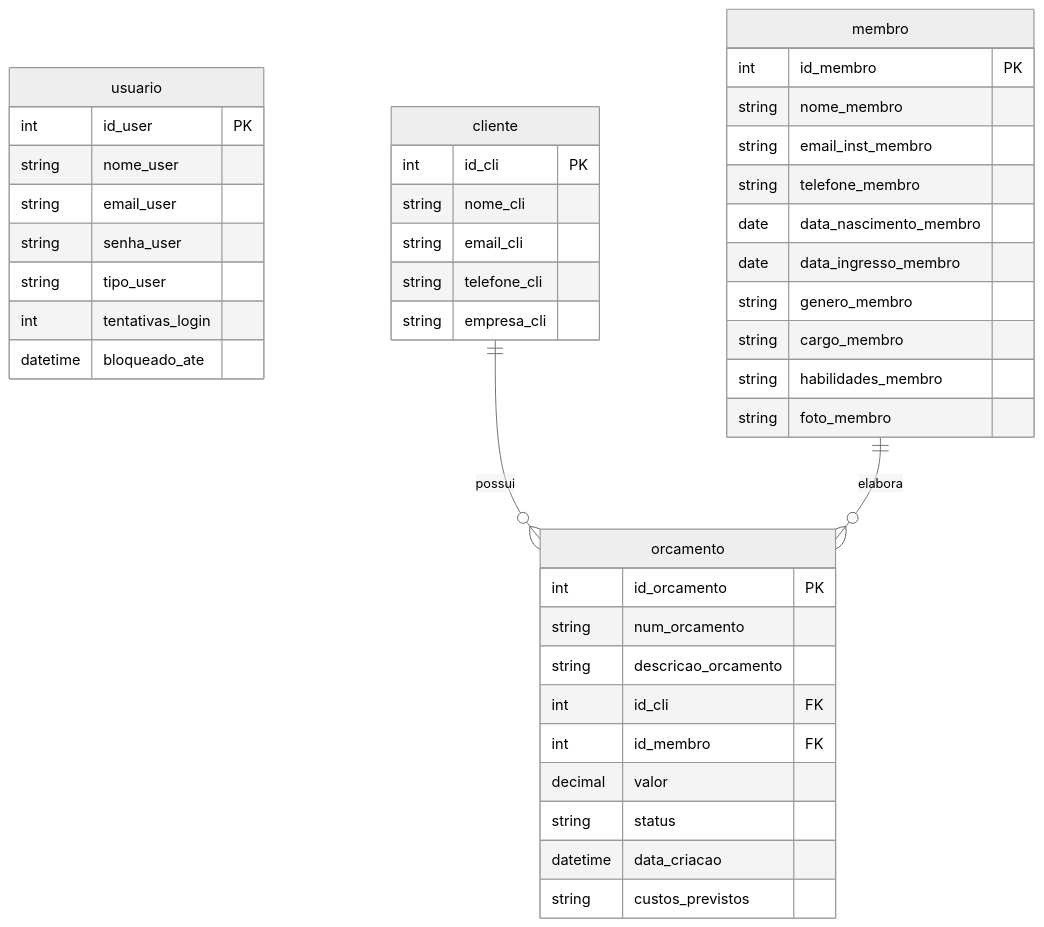
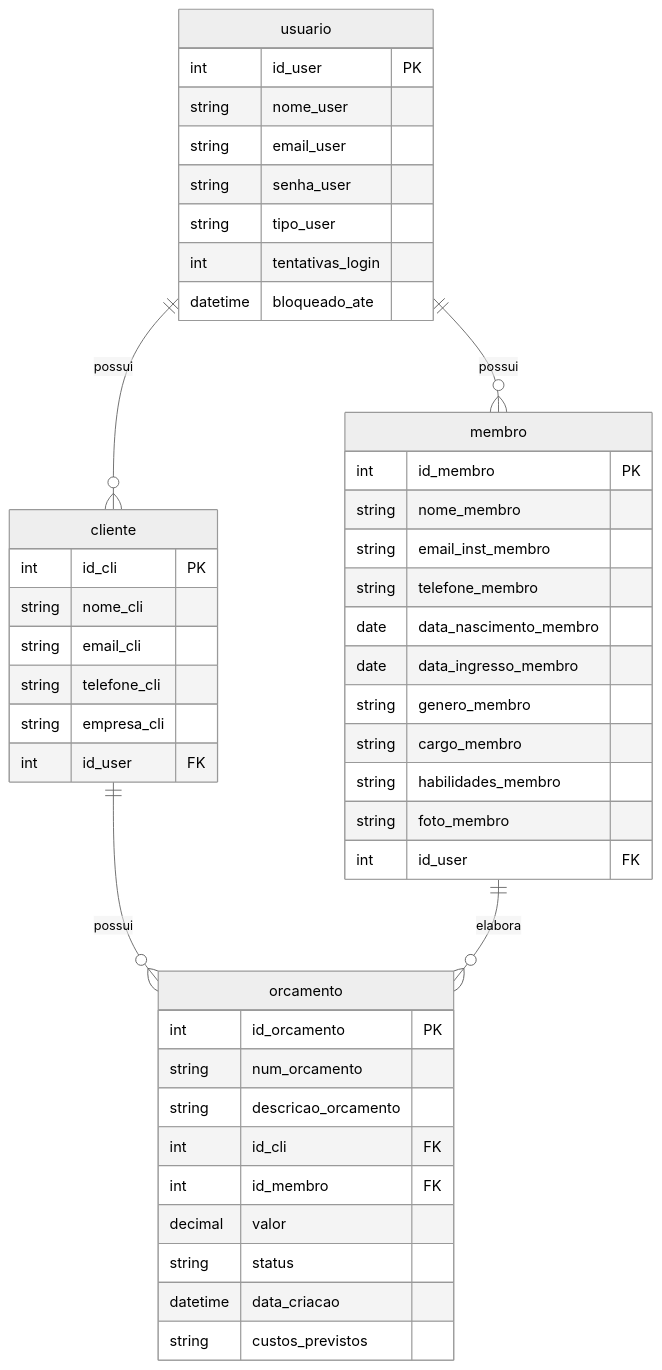
Before and after one commit to mvk999/zeus-backend: the diagram in README.md, drawn with Mermaid (neutral theme). The commit also changed other lines of this file, not shown here.

````diff
--- a/README.md
+++ b/README.md
@@ -41,44 +40,48 @@
 ```mermaid
 erDiagram
     usuario {
         int id_user PK
         string nome_user
         string email_user
         string senha_user
         string tipo_user
         int tentativas_login
         datetime bloqueado_ate
     }
     membro {
         int id_membro PK
         string nome_membro
         string email_inst_membro
         string telefone_membro
         date data_nascimento_membro
         date data_ingresso_membro
         string genero_membro
         string cargo_membro
         string habilidades_membro
         string foto_membro
+        int id_user FK
     }
     cliente {
         int id_cli PK
         string nome_cli
         string email_cli
         string telefone_cli
         string empresa_cli
+        int id_user FK
     }
     orcamento {
         int id_orcamento PK
         string num_orcamento
         string descricao_orcamento
         int id_cli FK
         int id_membro FK
         decimal valor
         string status
         datetime data_criacao
         string custos_previstos
     }
+    usuario ||--o{ membro : possui
+    usuario ||--o{ cliente : possui
     cliente ||--o{ orcamento : possui
     membro ||--o{ orcamento : elabora
 ```
````
